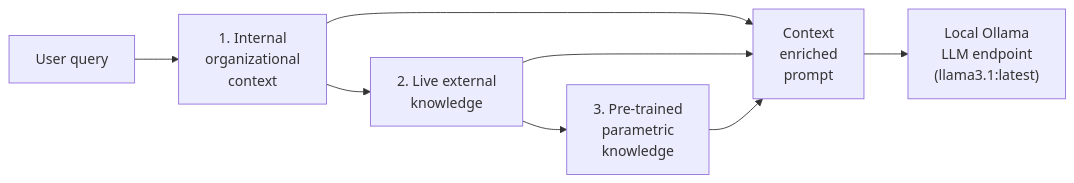
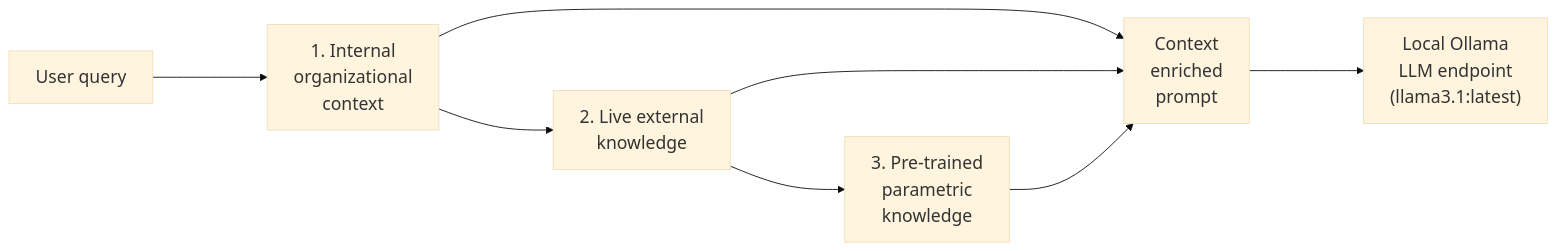
The first of 2 diagrams in README.MD (panxiaoyan225-sudo/Agentic_RAG_Pipeline), drawn with Mermaid before and after one commit. The commit also changed other lines of this file, not shown here.

````diff
--- a/README.MD
+++ b/README.MD
@@ -14,10 +14,22 @@
 ```mermaid
+%%{init: {
+  'theme': 'base',
+  'themeVariables': {
+    'fontSize': '20px',
+    'fontFamily': 'trebuchet ms, Verdana, Arial, sans-serif'
+  },
+  'flowchart': {
+    'nodeSpacing': 130,
+    'rankSpacing': 130,
+    'curve': 'basis'
+  }
+}}%%
 flowchart LR
     Q["User query"] --> R1["1. Internal<br>organizational<br>context"]
     R1 --> R2["2. Live external<br>knowledge"]
     R2 --> R3["3. Pre-trained<br>parametric<br>knowledge"]
     R1 --> P["Context<br>enriched<br>prompt"]
     R2 --> P
     R3 --> P
     P --> LLM["Local Ollama<br>LLM endpoint<br>(llama3.1:latest)"]
 ```
````
